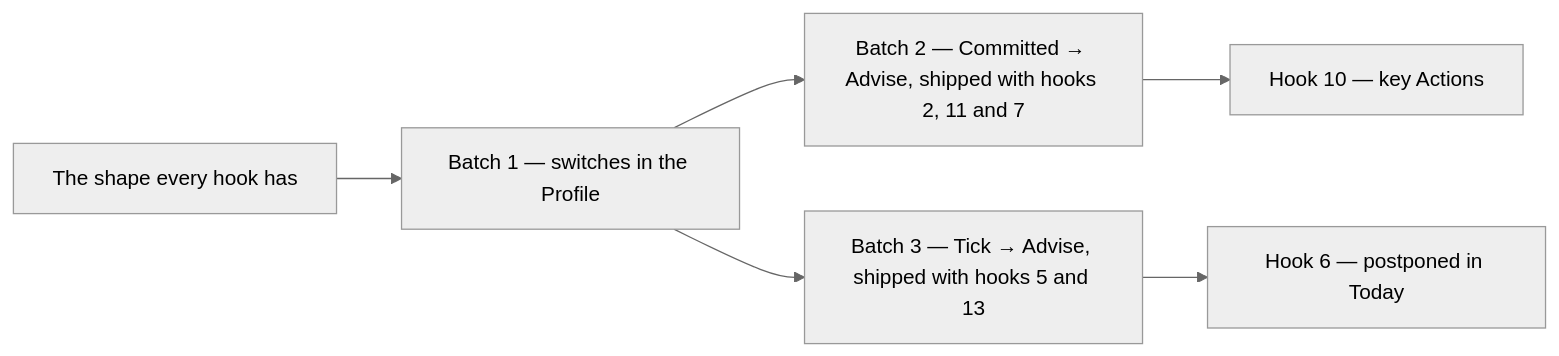
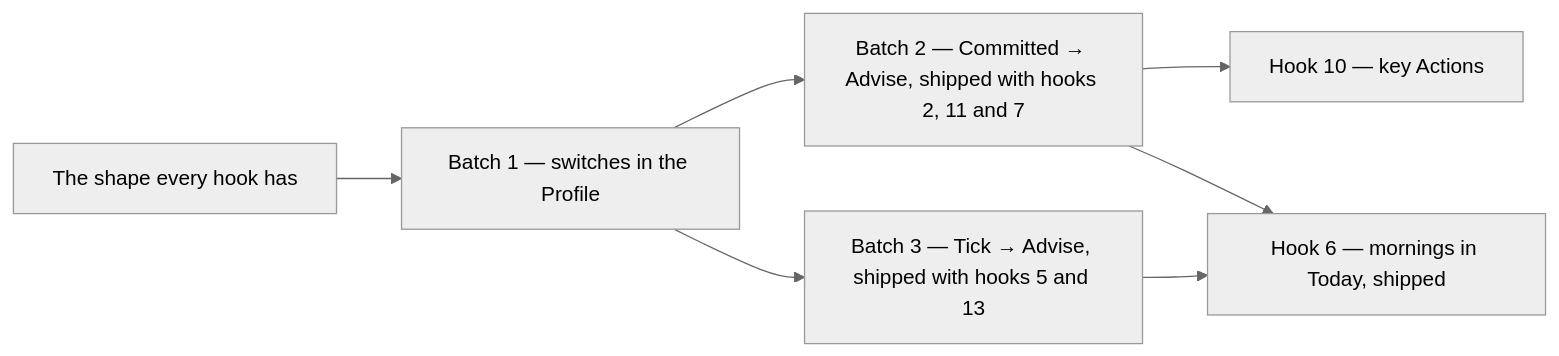
One commit to myvaheed/tg-ai-safwa changed the diagram in docs/PLAN_FEATURES.md. Above: the diagram before and after it, drawn with Mermaid (neutral theme). The commit also changed other lines of this file and 12 other files, not shown here.

Commit message:
v9.67 each morning writes down which open Actions stand in Today, and one found there three mornings in a row is asked about

````diff
--- a/docs/PLAN_FEATURES.md
+++ b/docs/PLAN_FEATURES.md
@@ -197,9 +199,10 @@
 ```mermaid
 flowchart LR
   h10["Hook 10 — key Actions"]
   shape["The shape every hook has"] --> profile["Batch 1 — switches in the Profile"]
   profile --> committed["Batch 2 — Committed → Advise, shipped with hooks 2, 11 and 7"]
   profile --> tick["Batch 3 — Tick → Advise, shipped with hooks 5 and 13"]
   committed --> h10
-  tick --> h6["Hook 6 — postponed in Today"]
+  tick --> h6["Hook 6 — mornings in Today, shipped"]
+  committed --> h6
 ```
````
